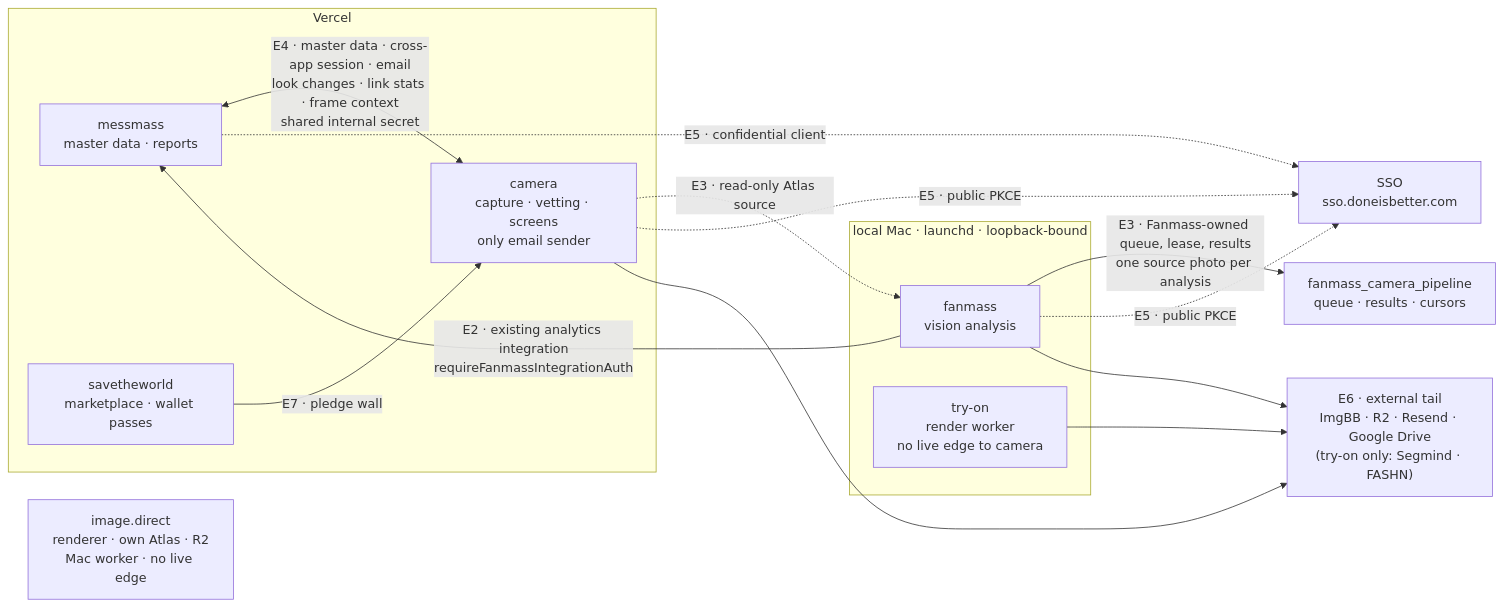
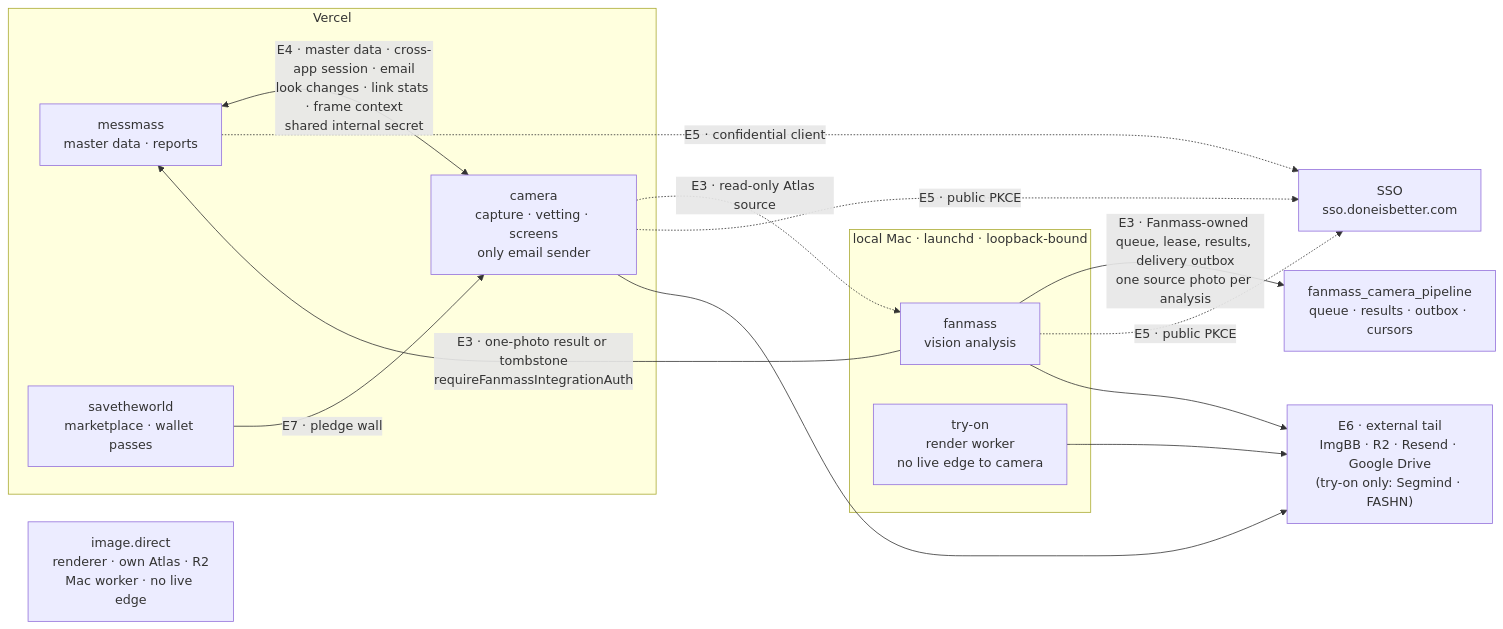
Before and after one commit to moldovancsaba/messmass: the diagram in docs/_audit/fleet-architecture.md, drawn with Mermaid. The commit also changed other lines of this file and 13 other files, not shown here.

First line of the commit message:
Ingest Fanmass photo results as per-photo analytics (#492)

````diff
--- a/docs/_audit/fleet-architecture.md
+++ b/docs/_audit/fleet-architecture.md
@@ -144,31 +150,31 @@
 ```mermaid
 flowchart LR
   subgraph vercel["Vercel"]
     MM["messmass<br/>master data · reports"]
     CAM["camera<br/>capture · vetting · screens<br/>only email sender"]
     STW["savetheworld<br/>marketplace · wallet passes"]
   end
 
   subgraph localmac["local Mac · launchd · loopback-bound"]
     FAN["fanmass<br/>vision analysis"]
     TRY["try-on<br/>render worker<br/>no live edge to camera"]
   end
 
   IMD["image.direct<br/>renderer · own Atlas · R2<br/>Mac worker · no live edge"]
   SSO["SSO<br/>sso.doneisbetter.com"]
 
-  FAN -->|"E2 · existing analytics integration<br/>requireFanmassIntegrationAuth"| MM
+  FAN -->|"E3 · one-photo result or tombstone<br/>requireFanmassIntegrationAuth"| MM
   CAM -.->|"E3 · read-only Atlas source"| FAN
-  FAN -->|"E3 · Fanmass-owned queue, lease, results<br/>one source photo per analysis"| FANDB["fanmass_camera_pipeline<br/>queue · results · cursors"]
+  FAN -->|"E3 · Fanmass-owned queue, lease, results, delivery outbox<br/>one source photo per analysis"| FANDB["fanmass_camera_pipeline<br/>queue · results · outbox · cursors"]
   MM <-->|"E4 · master data · cross-app session · email<br/>look changes · link stats · frame context<br/>shared internal secret"| CAM
   STW -->|"E7 · pledge wall"| CAM
 
   MM -.->|"E5 · confidential client"| SSO
   CAM -.->|"E5 · public PKCE"| SSO
   FAN -.->|"E5 · public PKCE"| SSO
 
   EXT["E6 · external tail<br/>ImgBB · R2 · Resend · Google Drive<br/>(try-on only: Segmind · FASHN)"]
   CAM --> EXT
   TRY --> EXT
   FAN --> EXT
 ```
````
